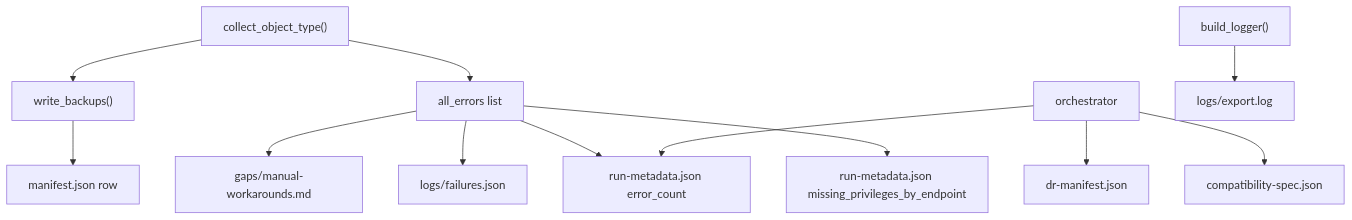
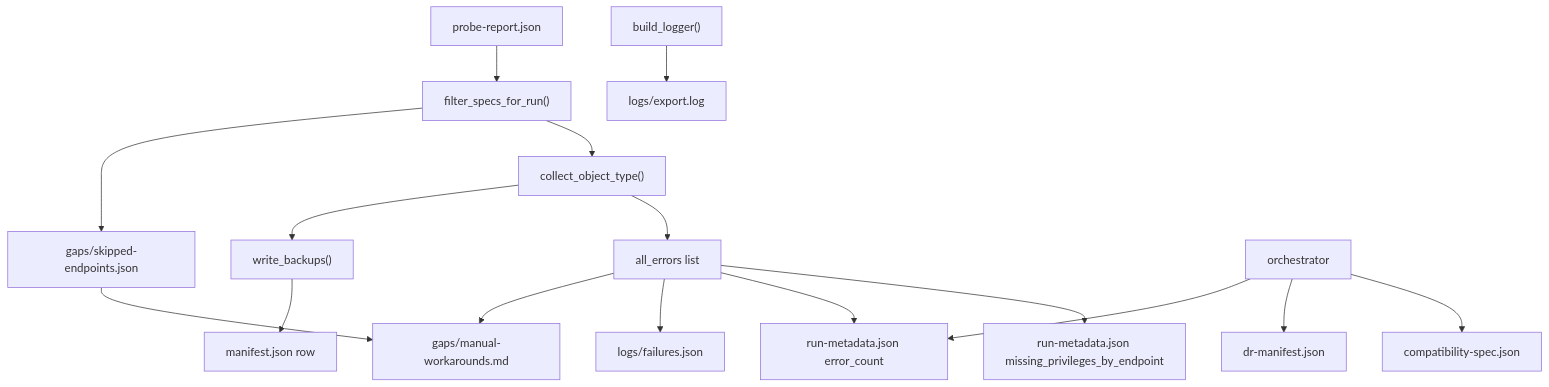
One commit to roto31/jamf-dossier changed the diagram in docs/output/manifest-gaps-logs.md. Above: the diagram before and after it, drawn with Mermaid. The commit also changed other lines of this file and 26 other files, not shown here.

````diff
--- a/docs/output/manifest-gaps-logs.md
+++ b/docs/output/manifest-gaps-logs.md
@@ -157,14 +164,18 @@
 ```mermaid
 flowchart TD
-  Collect["collect_object_type()"] --> Backup["write_backups()"]
+  Probe["probe-report.json"] --> Filter["filter_specs_for_run()"]
+  Filter --> SkippedJSON["gaps/skipped-endpoints.json"]
+  Filter --> Collect["collect_object_type()"]
+  Collect --> Backup["write_backups()"]
   Backup --> ManifestJSON["manifest.json row"]
   Collect --> Errors["all_errors list"]
   Errors --> GapsMD["gaps/manual-workarounds.md"]
   Errors --> FailJSON["logs/failures.json"]
   Errors --> RunMeta["run-metadata.json error_count"]
   Errors --> Priv["run-metadata.json missing_privileges_by_endpoint"]
+  SkippedJSON --> GapsMD
   Orch["orchestrator"] --> RunMeta
   Orch --> DRMan["dr-manifest.json"]
   Orch --> Compat["compatibility-spec.json"]
   Logger["build_logger()"] --> ExportLog["logs/export.log"]
 ```
````
